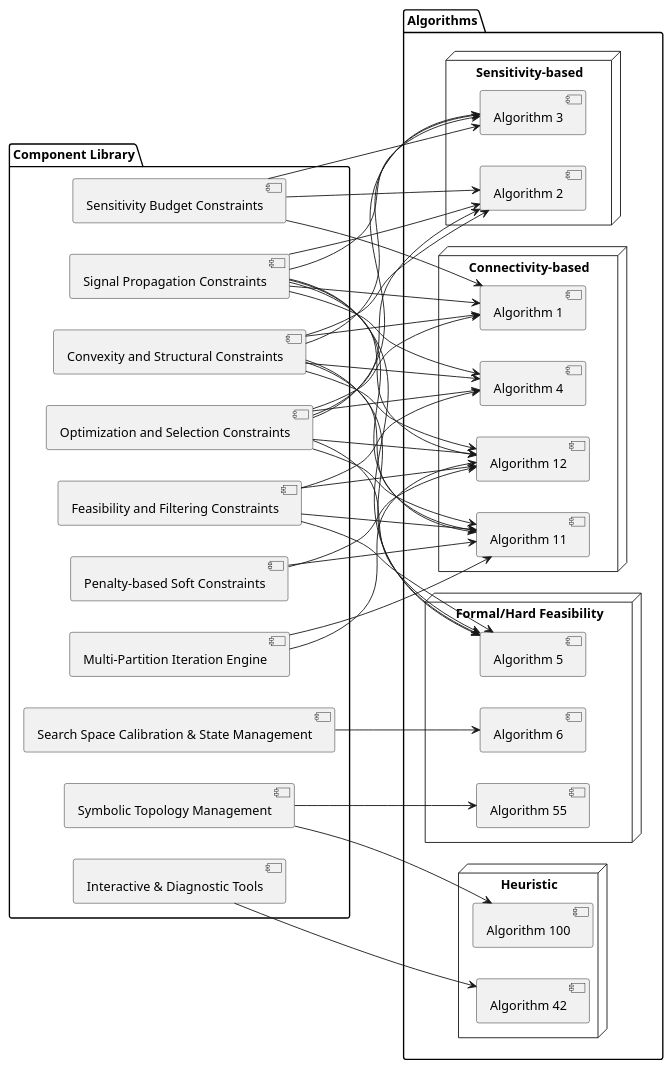
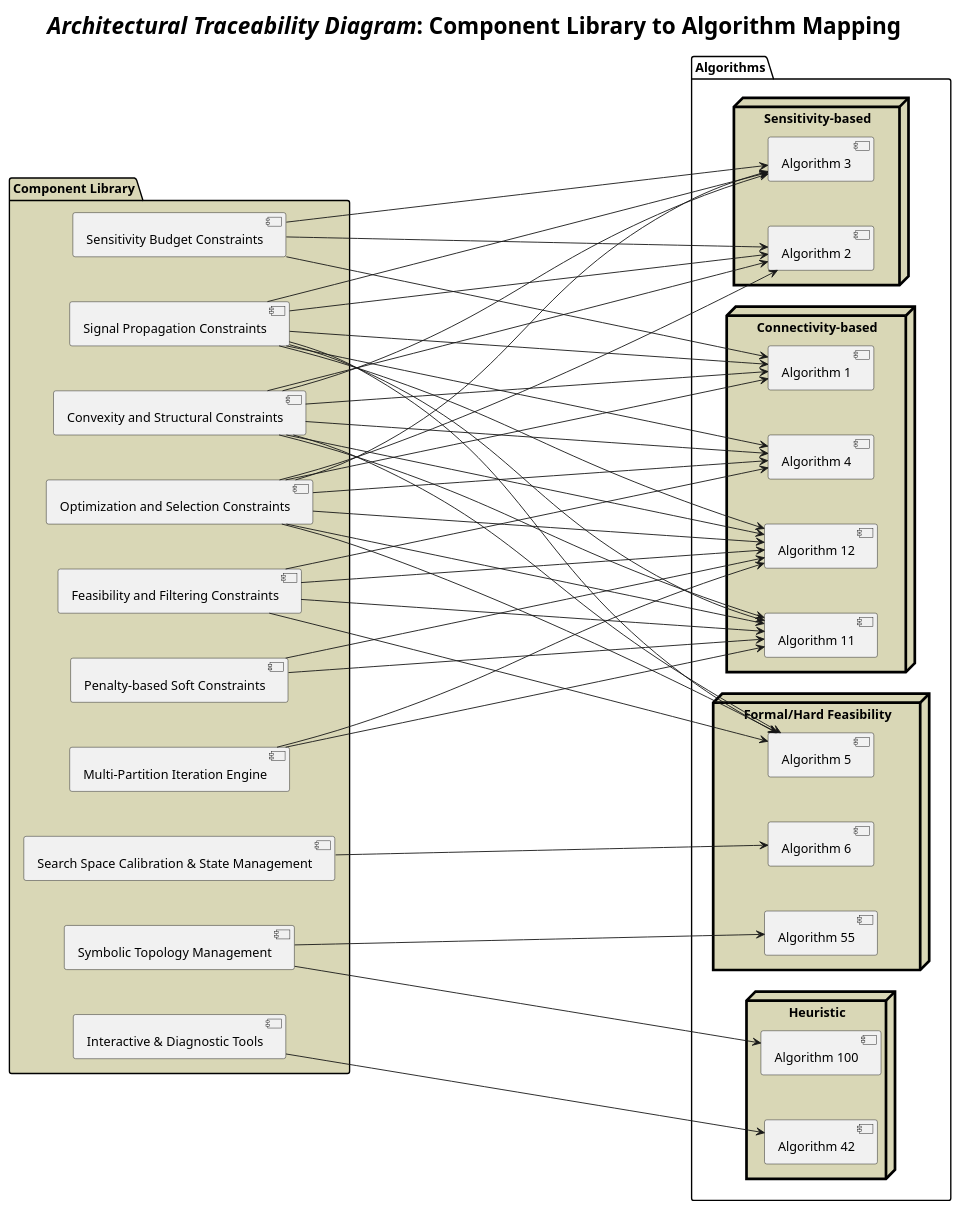
One commit to LP-RG/subxpat changed the diagram in sxpat/architecture_map.puml. Above: the diagram before and after it, drawn with PlantUML.

Commit message:
#202: Update architectural traceability diagram styling

```diff
--- a/sxpat/architecture_map.puml
+++ b/sxpat/architecture_map.puml
@@ -1,97 +1,114 @@
 @startuml
 skinparam componentStyle uml2
 left to right direction
 
-package "Component Library" {
+skinparam nodesep 50
+skinparam ranksep 400
+skinparam titleFontSize 25
+
+<style>
+node {
+    LineColor black
+    LineThickness 3.0
+    BackgroundColor #D9D7B6
+}
+</style>
+
+title 
+    <i>Architectural Traceability Diagram</i>: Component Library to Algorithm Mapping
+end title
+
+
+package "Component Library" #D9D7B6 {
     [Signal Propagation Constraints] as SP
     [Convexity and Structural Constraints] as CS
     [Optimization and Selection Constraints] as OS
     [Sensitivity Budget Constraints] as SB
     [Feasibility and Filtering Constraints] as FF
     [Penalty-based Soft Constraints] as PS
     [Multi-Partition Iteration Engine] as MPE
     [Search Space Calibration & State Management] as SSCSM
     [Symbolic Topology Management] as STM
     [Interactive & Diagnostic Tools] as IDT
 }
 
 package "Algorithms" {
     node "Connectivity-based" {
         [Algorithm 1] as A1
         [Algorithm 4] as A4
         [Algorithm 11] as A11
         [Algorithm 12] as A12
     }
     node "Sensitivity-based" {
         [Algorithm 2] as A2
         [Algorithm 3] as A3
     }
     node "Formal/Hard Feasibility" {
         [Algorithm 5] as A5
         [Algorithm 6] as A6
         [Algorithm 55] as A55
     }
     node "Heuristic" {
         [Algorithm 42] as A42
         [Algorithm 100] as A100
     }
 }
 
 ' (Mapping)
 ' mapping dependencies for 'Signal Propagation Constraints'
 SP --> A1 
 SP --> A2
 SP --> A3
 SP --> A4
 SP --> A5
 SP --> A11
 SP --> A12
 
 ' mapping dependencies for 'Convexity and Structural Constraints'
 CS --> A1 
 CS --> A2
 CS --> A3
 CS --> A4
 CS --> A5
 CS --> A11
 CS --> A12
 
 ' mapping dependencies for 'Optimization and Selection Constraints'
-OS --> A1
+OS --> A1 
 OS --> A2
 OS --> A3
 OS --> A4
 OS --> A5
 OS --> A11
 OS --> A12
 
 ' mapping dependencies for 'Sensitivity Budget Constraints'
 SB --> A1
 SB --> A2
 SB --> A3
 
 ' mapping dependencies for 'Feasibility and Filtering Constraints'
 FF --> A4
 FF --> A5 
 FF --> A11 
 FF --> A12 
 
 ' mapping dependencies for 'Penalty-based Soft Constraints'
 PS --> A11
 PS --> A12
 
 ' mapping dependencies for 'Multi-Partition Iteration Engine'
 MPE --> A11
 MPE --> A12
 
 ' mapping dependencies for 'Search Space Calibration & State Management'
 SSCSM --> A6
 
 ' mapping dependencies for 'Symbolic Topology Management'
 STM --> A55
 STM --> A100
 
 ' mapping dependencies for 'Interactive & Diagnostic Tools'
 IDT --> A42
 
 @enduml
```
